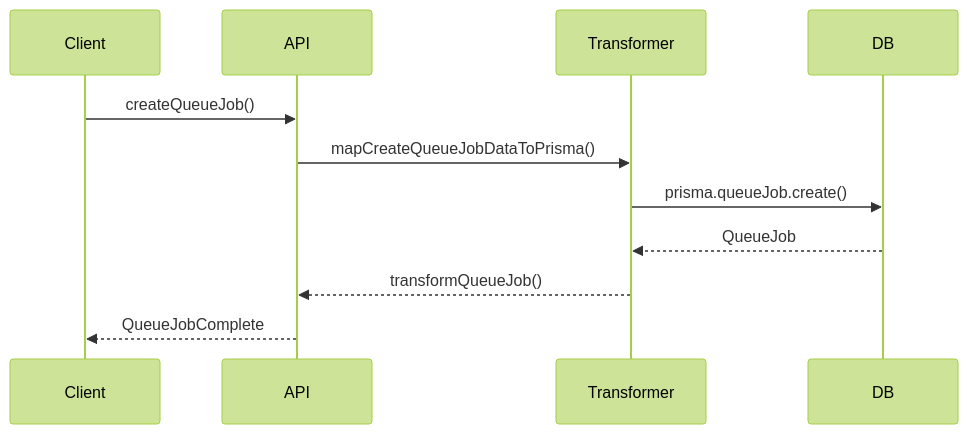
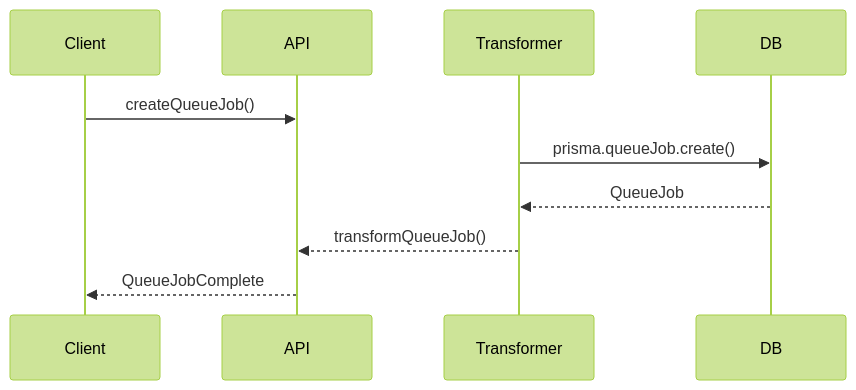
Before and after one commit to gvastethecreator/media-manager: the second of 2 diagrams in src/types/entities/queue-job/documentation.md, drawn with Mermaid (forest theme). The commit also changed 176 other files, not shown here.

````diff
--- a/src/types/entities/queue-job/documentation.md
+++ b/src/types/entities/queue-job/documentation.md
@@ -45,13 +45,13 @@
 ```mermaid
 sequenceDiagram
     participant Client
     participant API
     participant Transformer
     participant DB
     Client->>API: createQueueJob()
-    API->>Transformer: mapCreateQueueJobDataToPrisma()
+    
     Transformer->>DB: prisma.queueJob.create()
     DB-->>Transformer: QueueJob
     Transformer-->>API: transformQueueJob()
     API-->>Client: QueueJobComplete
 ```
````
